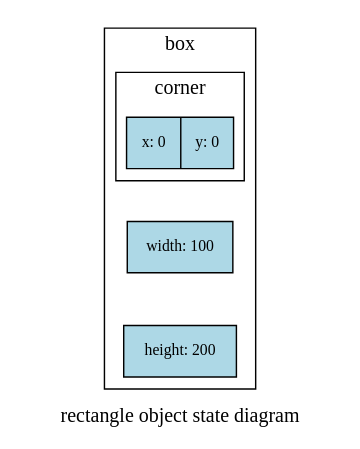
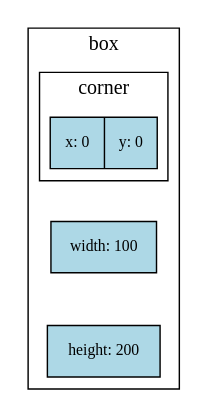
Before and after one commit to DaveParillo/cisc192-reader: the diagram in src/chapter8/rectangles.rst, drawn with Graphviz. The commit also changed other lines of this file and 20 other files, not shown here.

```diff
--- a/src/chapter8/rectangles.rst
+++ b/src/chapter8/rectangles.rst
@@ -38,27 +38,27 @@
 .. digraph:: state
+   :name: fig_rectangle_state
+   :caption: Rectangle object state diagram
+   :alt: rectangle object state diagram
    :align: center
-   :alt: rectangle struct state diagram
 
    fontname = "Bitstream Vera Sans"
-   label="rectangle object state diagram";
-   labelloc=bottom;
    node [
       shape=record
       fontname = "Bitstream Vera Sans"
       fontsize = 11
       style=filled
       fillcolor=lightblue
    ]
 
    subgraph cluster_0 {
       labelloc=top;
       label="box"
       subgraph cluster_0 {
          label="corner"
          point [label="x: 0 | y: 0"]
       }
       w [label="width:  100"]
       h [label="height: 200"]
    }
 
    point -> w -> h [style=invis]
```
